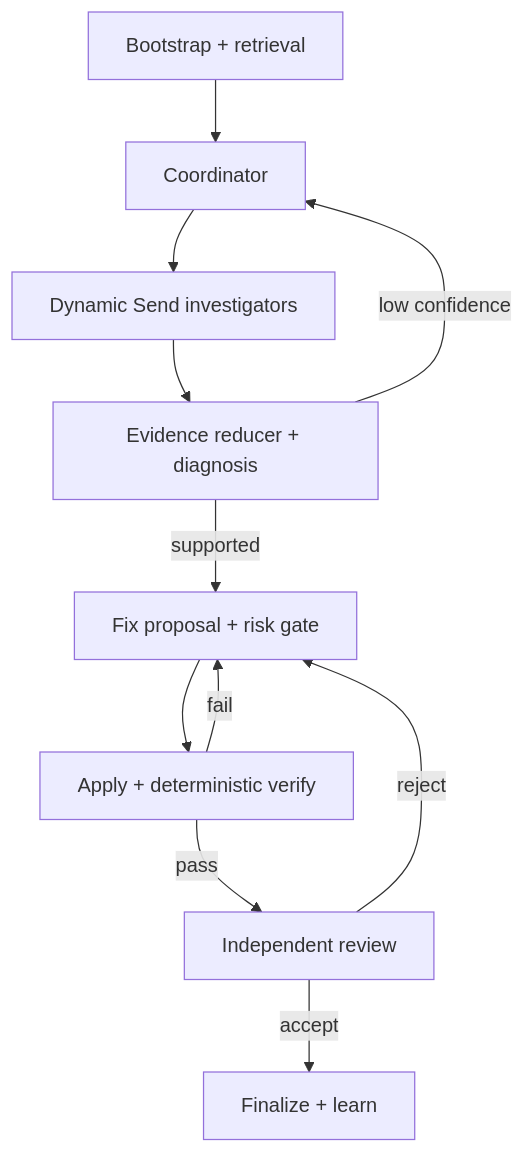
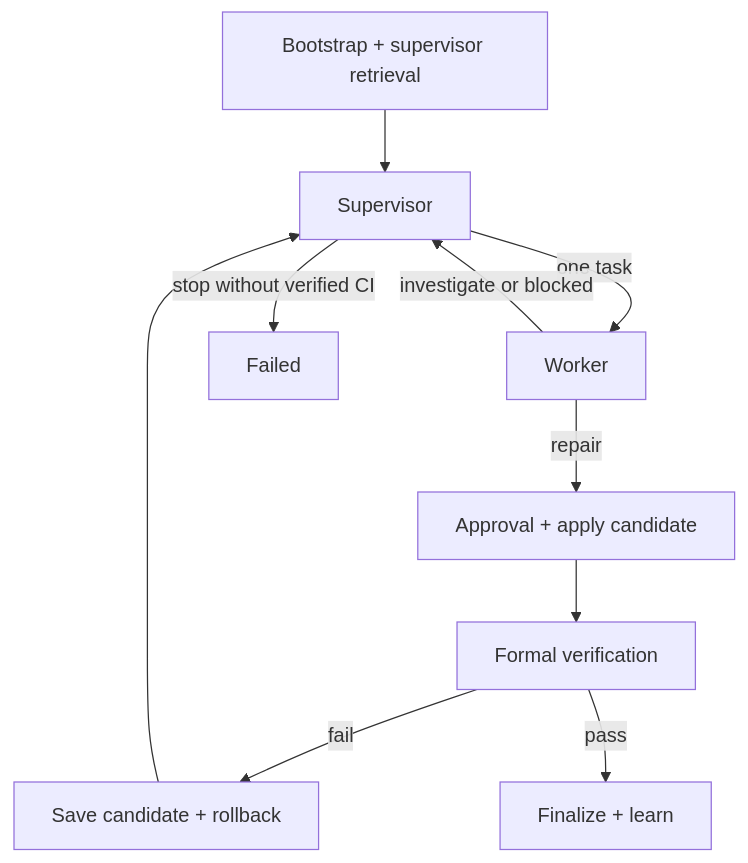
The diagram in docs/architecture.md (zishuQ/EvoCI), drawn with Mermaid before and after one commit. The commit also changed other lines of this file and 94 other files, not shown here.

First line of the commit message:
Add unit tests for skill memory, usage tracking, verification, worker resume, and write scope policies

````diff
--- a/docs/architecture.md
+++ b/docs/architecture.md
@@ -7,13 +7,12 @@
 ```mermaid
 flowchart TD
-    A["Bootstrap + retrieval"] --> B["Coordinator"]
-    B --> C["Dynamic Send investigators"]
-    C --> D["Evidence reducer + diagnosis"]
-    D -->|"low confidence"| B
-    D -->|"supported"| E["Fix proposal + risk gate"]
-    E --> F["Apply + deterministic verify"]
-    F -->|"fail"| E
-    F -->|"pass"| G["Independent review"]
-    G -->|"reject"| E
-    G -->|"accept"| H["Finalize + learn"]
+    A["Bootstrap + supervisor retrieval"] --> B["Supervisor"]
+    B -->|"one task"| C["Worker"]
+    C -->|"investigate or blocked"| B
+    C -->|"repair"| D["Approval + apply candidate"]
+    D --> E["Formal verification"]
+    E -->|"fail"| F["Save candidate + rollback"]
+    F --> B
+    E -->|"pass"| G["Finalize + learn"]
+    B -->|"stop without verified CI"| H["Failed"]
 ```
````
